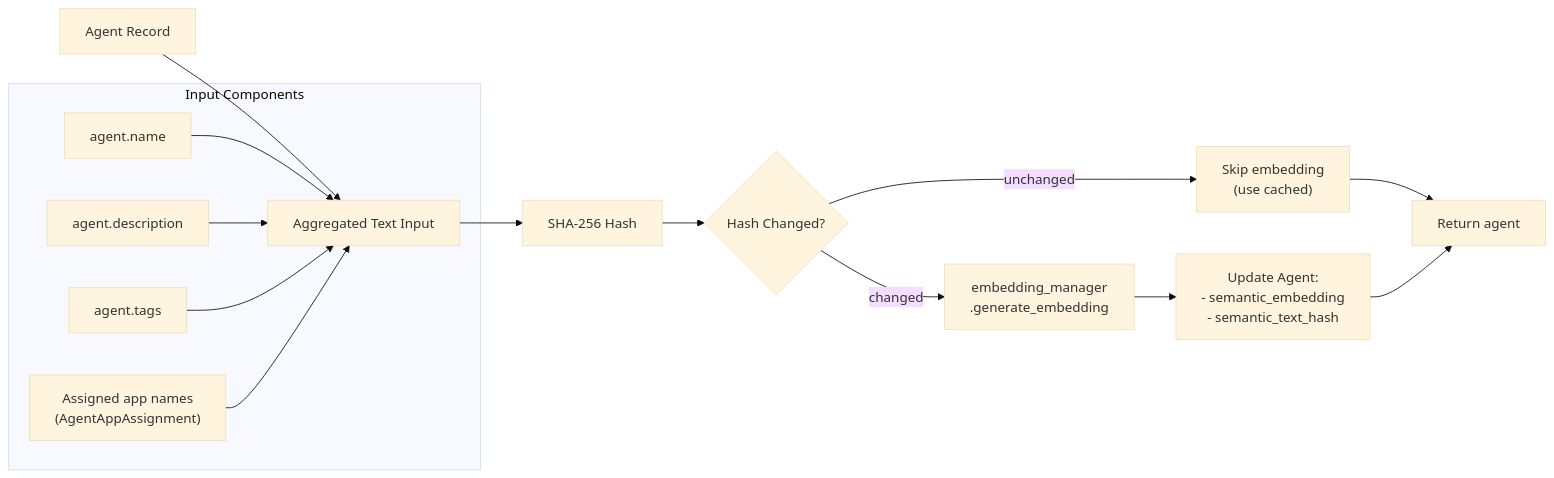
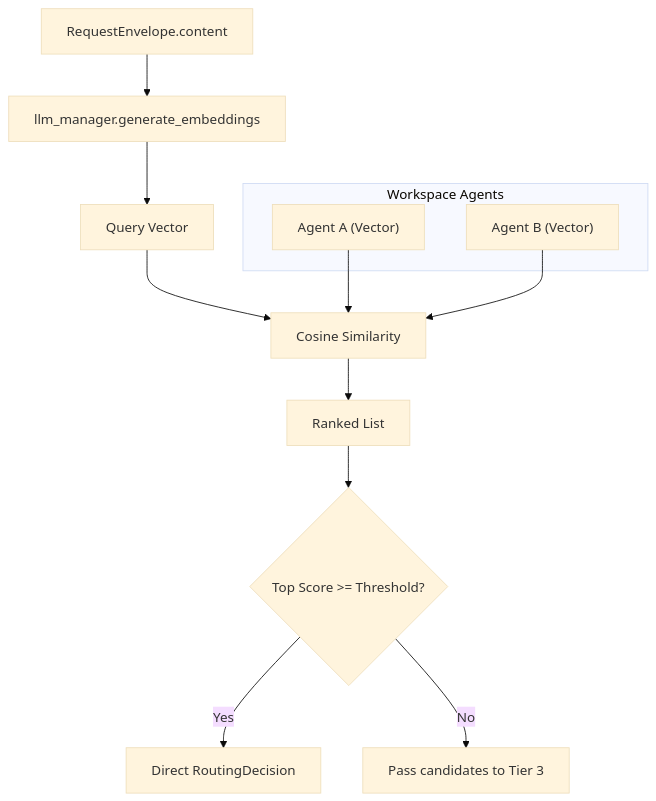
The third of 4 diagrams in docs/universal-router/tier-25-semantic-similarity.md (AutomatosAI/automatos-ai), drawn with Mermaid (base theme) before and after one commit. The commit also changed other lines of this file and 149 other files, not shown here.

Commit message:
docs: refresh documentation with graphify semantic scan

````diff
--- a/docs/universal-router/tier-25-semantic-similarity.md
+++ b/docs/universal-router/tier-25-semantic-similarity.md
@@ -85,28 +136,20 @@
 ```mermaid
-flowchart LR
-    Agent["Agent Record"] --> Inputs["Aggregated Text Input"]
+flowchart TB
+    Query["RequestEnvelope.content"] --> Embed["llm_manager.generate_embeddings"]
+    Embed --> QueryVec["Query Vector"]
     
-    Inputs --> Hash["SHA-256 Hash"]
-    Hash --> Compare{"Hash Changed?"}
+    subgraph "Workspace Agents"
+        A1["Agent A (Vector)"]
+        A2["Agent B (Vector)"]
+    end
     
-    Compare -->|"unchanged"| Skip["Skip embedding<br/>(use cached)"]
-    Compare -->|"changed"| Embed["embedding_manager<br/>.generate_embedding"]
+    QueryVec --> Sim["Cosine Similarity"]
+    A1 --> Sim
+    A2 --> Sim
     
-    Embed --> Store["Update Agent:<br/>- semantic_embedding<br/>- semantic_text_hash"]
+    Sim --> Scores["Ranked List"]
     
-    Skip --> Return["Return agent"]
-    Store --> Return
-    
-    subgraph "Input Components"
-        Inputs
-        Name["agent.name"]
-        Desc["agent.description"]
-        Tags["agent.tags"]
-        Apps["Assigned app names<br/>(AgentAppAssignment)"]
-        
-        Name --> Inputs
-        Desc --> Inputs
-        Tags --> Inputs
-        Apps --> Inputs
-    end
+    Scores --> Direct{"Top Score >= Threshold?"}
+    Direct -->|"Yes"| Route["Direct RoutingDecision"]
+    Direct -->|"No"| Candidates["Pass candidates to Tier 3"]
 ```
````
